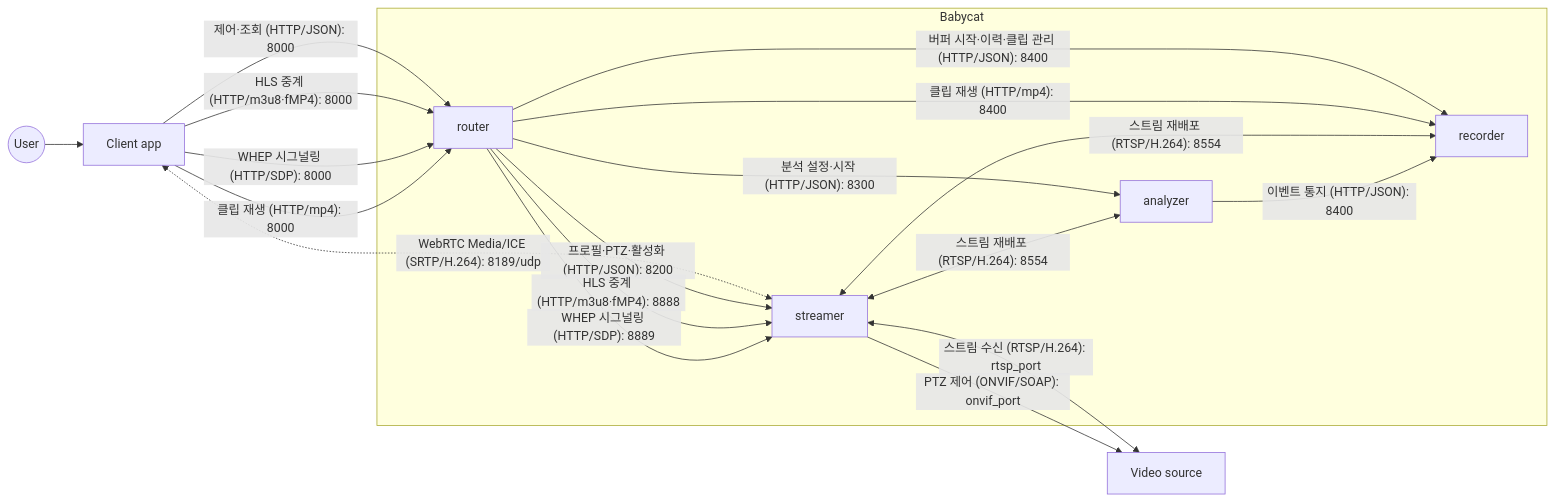
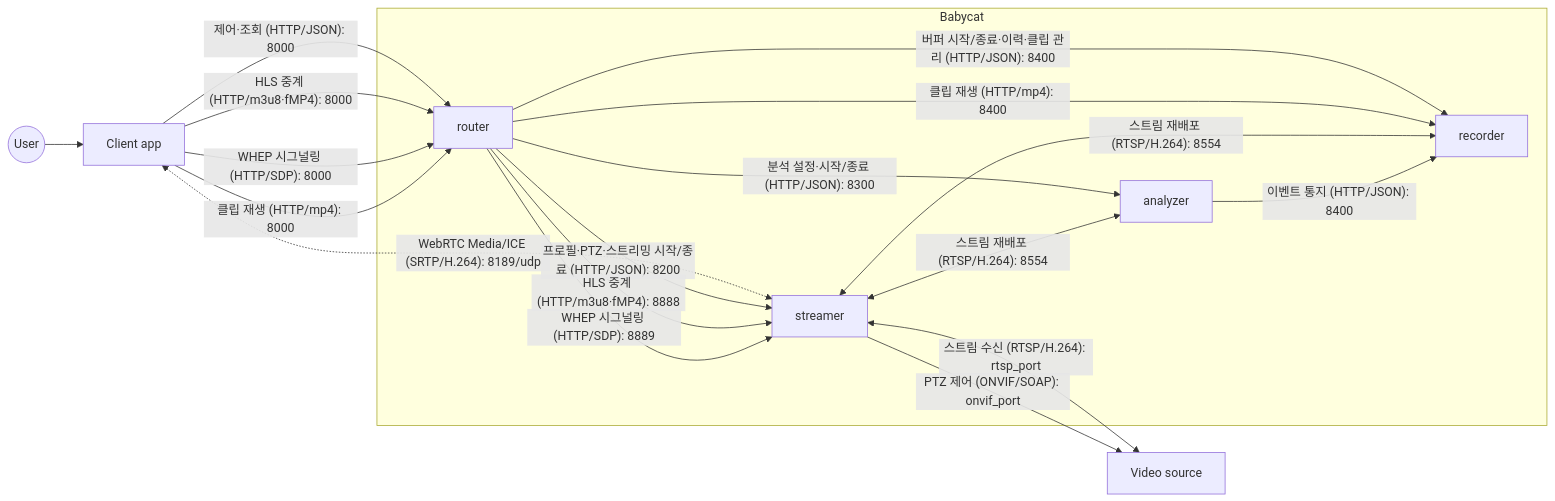
One commit to skim2048/babycat changed the diagram in docs/sdd/figs/3-1.mermaid.md. Above: the diagram before and after it, drawn with Mermaid. The commit also changed 18 other files, not shown here.

````diff
--- a/docs/sdd/figs/3-1.mermaid.md
+++ b/docs/sdd/figs/3-1.mermaid.md
@@ -1,35 +1,35 @@
 ```mermaid
 flowchart LR
     User(("User"))
     ClientApp["Client app"]
     VideoSource["Video source"]
 
     subgraph Babycat
         Router["router"]
         Streamer["streamer"]
         Analyzer["analyzer"]
         Recorder["recorder"]
     end
 
     User --> ClientApp
 
     ClientApp -->|"제어·조회 (HTTP/JSON): 8000"| Router
     ClientApp -->|"HLS 중계 (HTTP/m3u8·fMP4): 8000"| Router
     ClientApp -->|"WHEP 시그널링 (HTTP/SDP): 8000"| Router
     ClientApp -->|"클립 재생 (HTTP/mp4): 8000"| Router
     ClientApp <-.->|"WebRTC Media/ICE (SRTP/H.264): 8189/udp"| Streamer
 
-    Router -->|"프로필·PTZ·활성화 (HTTP/JSON): 8200"| Streamer
+    Router -->|"프로필·PTZ·스트리밍 시작/종료 (HTTP/JSON): 8200"| Streamer
     Router -->|"HLS 중계 (HTTP/m3u8·fMP4): 8888"| Streamer
     Router -->|"WHEP 시그널링 (HTTP/SDP): 8889"| Streamer
-    Router -->|"분석 설정·시작 (HTTP/JSON): 8300"| Analyzer
-    Router -->|"버퍼 시작·이력·클립 관리 (HTTP/JSON): 8400"| Recorder
+    Router -->|"분석 설정·시작/종료 (HTTP/JSON): 8300"| Analyzer
+    Router -->|"버퍼 시작/종료·이력·클립 관리 (HTTP/JSON): 8400"| Recorder
     Router -->|"클립 재생 (HTTP/mp4): 8400"| Recorder
 
     Streamer <-->|"스트림 수신 (RTSP/H.264): rtsp_port"| VideoSource
     Streamer -->|"PTZ 제어 (ONVIF/SOAP): onvif_port"| VideoSource
     Streamer <-->|"스트림 재배포 (RTSP/H.264): 8554"| Analyzer
     Streamer <-->|"스트림 재배포 (RTSP/H.264): 8554"| Recorder
 
     Analyzer -->|"이벤트 통지 (HTTP/JSON): 8400"| Recorder
 ```
````
